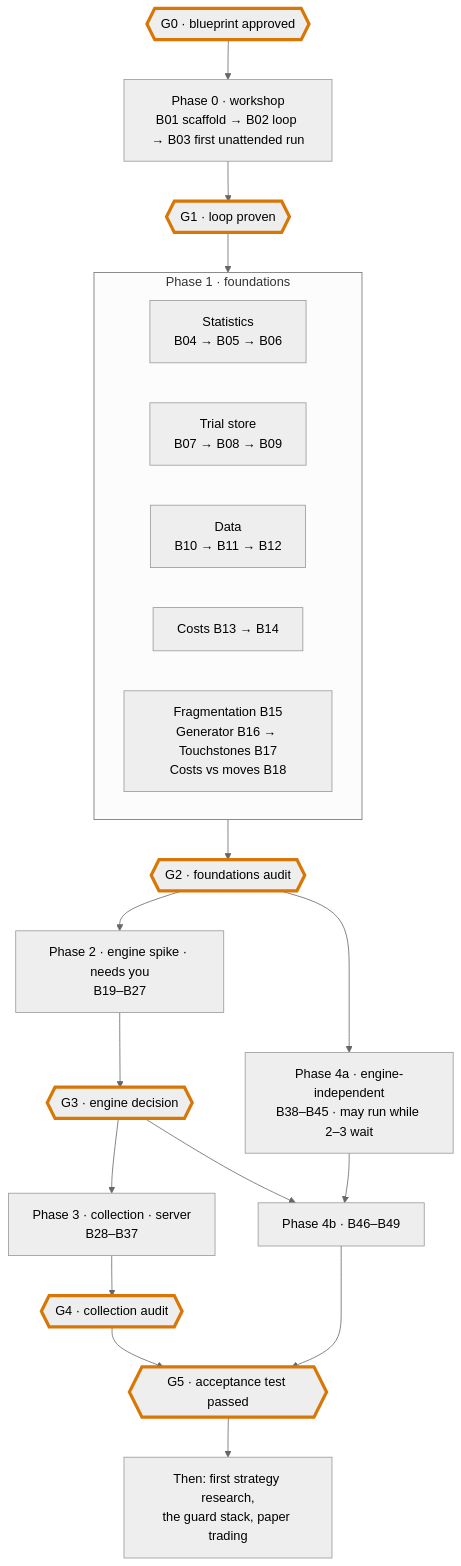
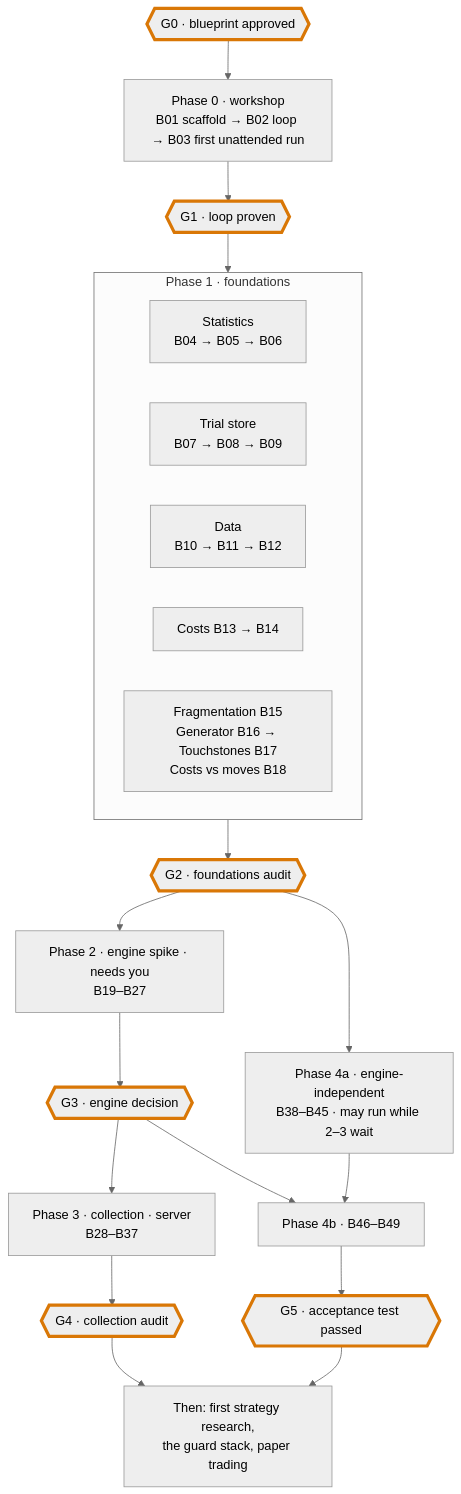
Before and after one commit to vedantgautam1/chronos: the eighth of 8 diagrams in docs/v2/build/BLUEPRINT.md, drawn with Mermaid (neutral theme). The commit also changed other lines of this file and 9 other files, not shown here.

````diff
--- a/docs/v2/build/BLUEPRINT.md
+++ b/docs/v2/build/BLUEPRINT.md
@@ -565,33 +565,33 @@
 ```mermaid
 flowchart TD
   G0{{"G0 · blueprint approved"}}
   P0["Phase 0 · workshop<br/>B01 scaffold → B02 loop → B03 first unattended run"]
   G1{{"G1 · loop proven"}}
   subgraph P1["Phase 1 · foundations"]
     S["Statistics<br/>B04 → B05 → B06"]
     M["Trial store<br/>B07 → B08 → B09"]
     D["Data<br/>B10 → B11 → B12"]
     C["Costs B13 → B14"]
     F["Fragmentation B15<br/>Generator B16 → Touchstones B17<br/>Costs vs moves B18"]
   end
   G2{{"G2 · foundations audit"}}
   P2["Phase 2 · engine spike · needs you<br/>B19–B27"]
   G3{{"G3 · engine decision"}}
   P3["Phase 3 · collection · server<br/>B28–B37"]
   G4{{"G4 · collection audit"}}
   P4A["Phase 4a · engine-independent<br/>B38–B45 · may run while 2–3 wait"]
   P4B["Phase 4b · B46–B49"]
   G5{{"G5 · acceptance test passed"}}
   NX["Then: first strategy research,<br/>the guard stack, paper trading"]
 
   G0 --> P0 --> G1 --> P1 --> G2
   G2 --> P2 --> G3 --> P3 --> G4
   G2 --> P4A
   G3 --> P4B
   P4A --> P4B --> G5
-  G4 --> G5
+  G4 --> NX
   G5 --> NX
 
   classDef founder stroke:#d97706,stroke-width:4px;
   class G0,G1,G2,G3,G4,G5 founder;
 ```
````
